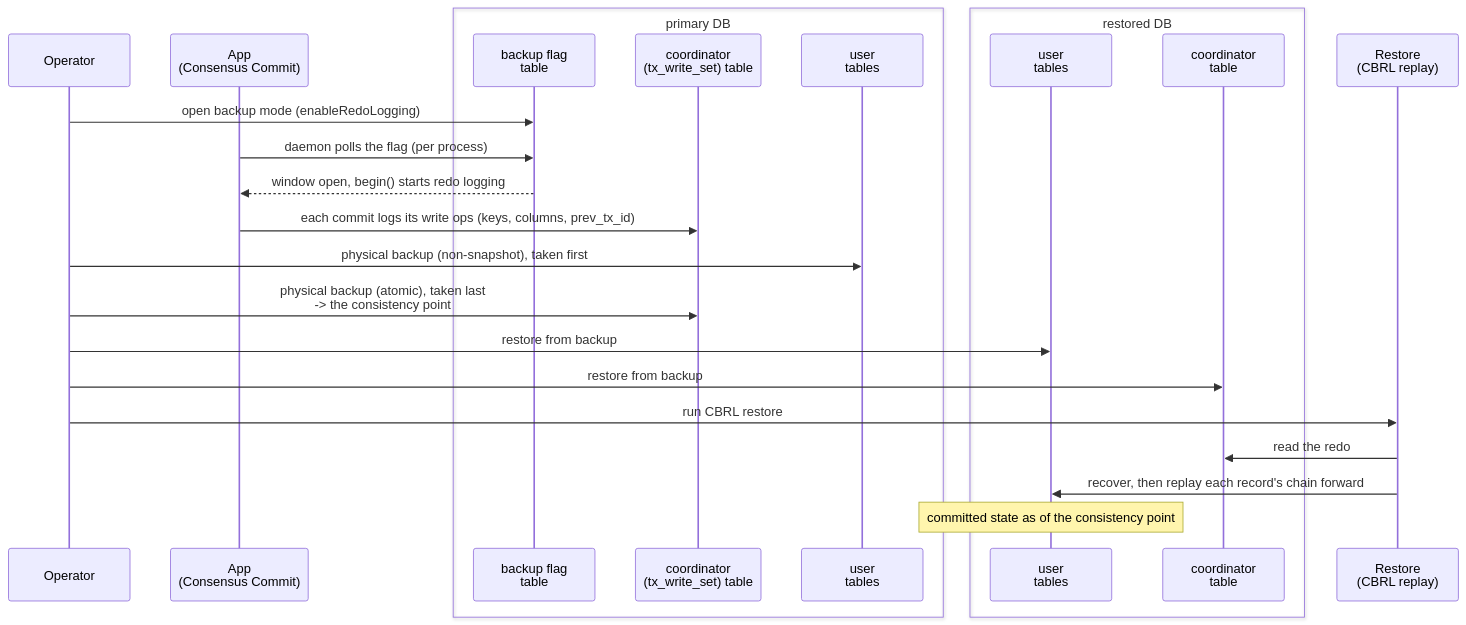
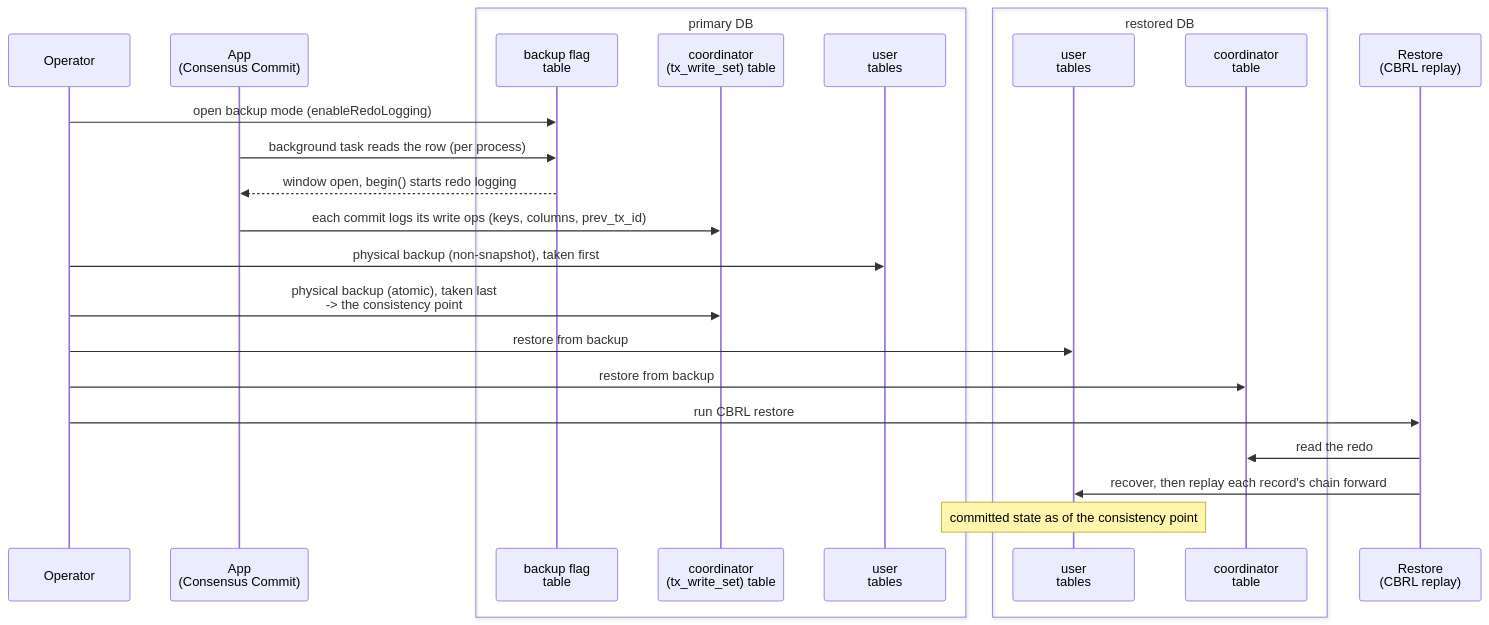
One commit to scalar-labs/scalardb changed the diagram in cbrl-design.md. Above: the diagram before and after it, drawn with Mermaid. The commit also changed other lines of this file, not shown here.

````diff
--- a/cbrl-design.md
+++ b/cbrl-design.md
@@ -21,27 +15,27 @@
 ```mermaid
 sequenceDiagram
     participant Op as Operator
     participant App as App<br/>(Consensus Commit)
     box primary DB
         participant Flag as backup flag<br/>table
         participant Co as coordinator<br/>(tx_write_set) table
         participant DB as user<br/>tables
     end
     box restored DB
         participant UTr as user<br/>tables
         participant COr as coordinator<br/>table
     end
     participant R as Restore<br/>(CBRL replay)
     Op->>Flag: open backup mode (enableRedoLogging)
-    App->>Flag: daemon polls the flag (per process)
+    App->>Flag: background task reads the row (per process)
     Flag-->>App: window open, begin() starts redo logging
     App->>Co: each commit logs its write ops (keys, columns, prev_tx_id)
     Op->>DB: physical backup (non-snapshot), taken first
     Op->>Co: physical backup (atomic), taken last<br/>-> the consistency point
     Op->>UTr: restore from backup
     Op->>COr: restore from backup
     Op->>R: run CBRL restore
     R->>COr: read the redo
     R->>UTr: recover, then replay each record's chain forward
     Note over UTr: committed state as of the consistency point
 ```
````
